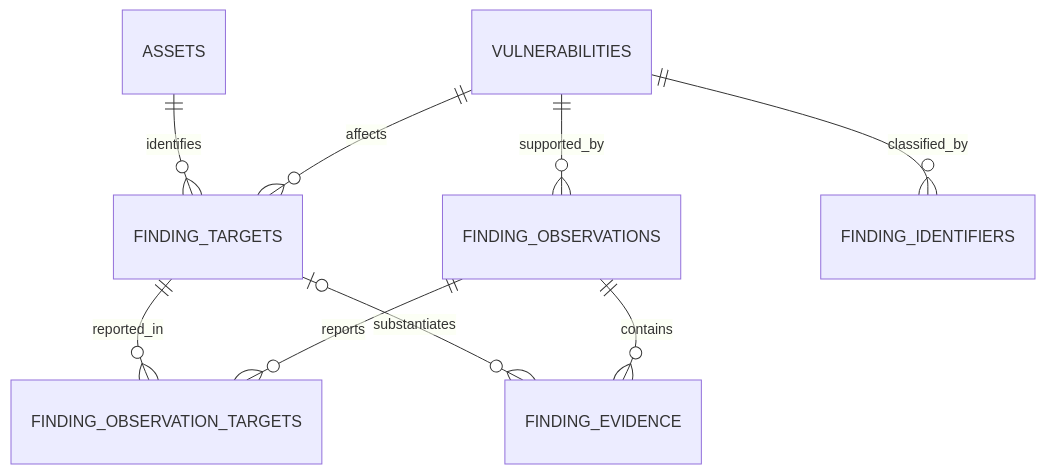
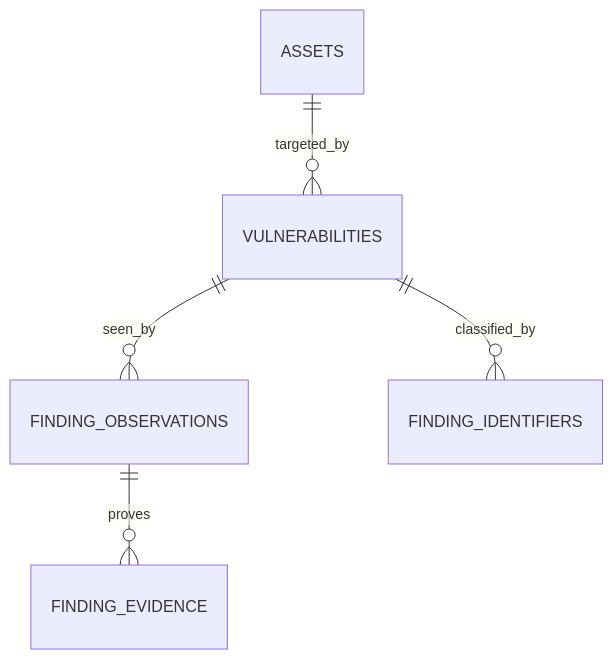
One commit to judahsecurity/judahsecurity changed the diagram in docs/findings-data-model.md. Above: the diagram before and after it, drawn with Mermaid. The commit also changed other lines of this file and 14 other files, not shown here.

````diff
--- a/docs/findings-data-model.md
+++ b/docs/findings-data-model.md
@@ -11,11 +18,7 @@
 ```mermaid
 erDiagram
-    VULNERABILITIES ||--o{ FINDING_TARGETS : affects
-    ASSETS ||--o{ FINDING_TARGETS : identifies
-    VULNERABILITIES ||--o{ FINDING_OBSERVATIONS : supported_by
-    FINDING_OBSERVATIONS ||--o{ FINDING_OBSERVATION_TARGETS : reports
-    FINDING_TARGETS ||--o{ FINDING_OBSERVATION_TARGETS : reported_in
-    FINDING_OBSERVATIONS ||--o{ FINDING_EVIDENCE : contains
-    FINDING_TARGETS |o--o{ FINDING_EVIDENCE : substantiates
+    ASSETS ||--o{ VULNERABILITIES : targeted_by
+    VULNERABILITIES ||--o{ FINDING_OBSERVATIONS : seen_by
+    FINDING_OBSERVATIONS ||--o{ FINDING_EVIDENCE : proves
     VULNERABILITIES ||--o{ FINDING_IDENTIFIERS : classified_by
 ```
````
